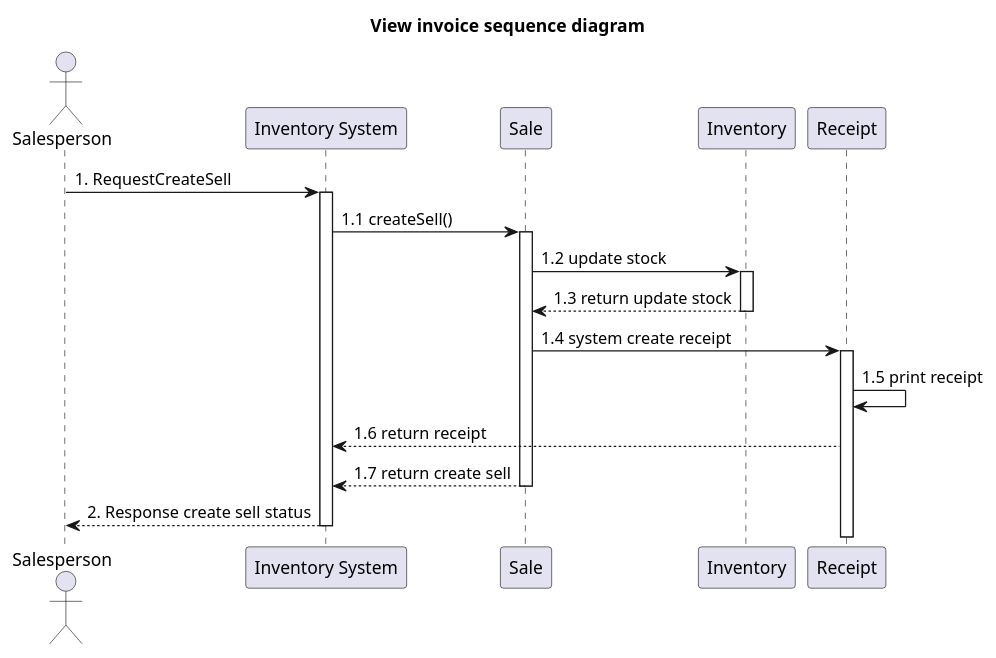
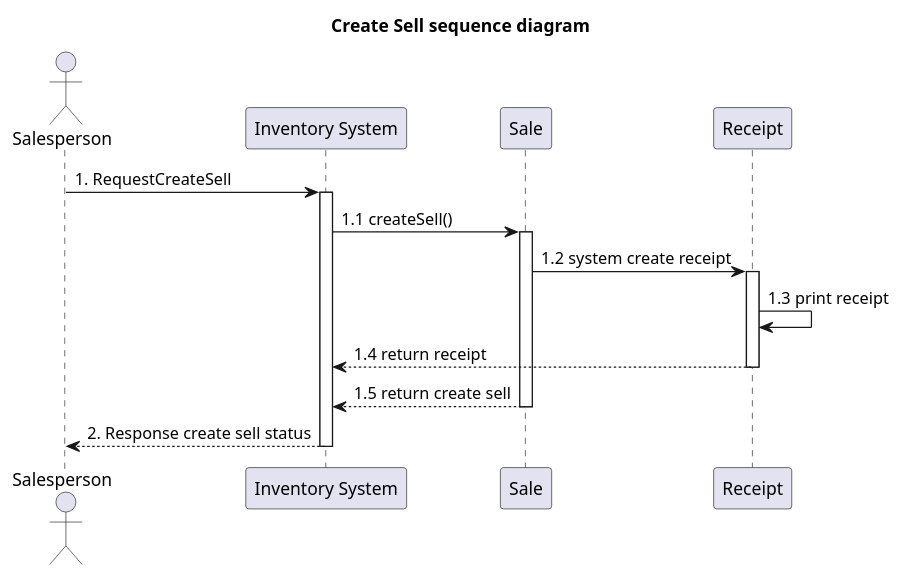
The diagram in system-analysis/sequence/_6_2_sequence-create-sell.puml (billowdev/inventory-system-plantuml-sequelize-seeder-example), drawn with PlantUML before and after one commit.

```diff
--- a/system-analysis/sequence/_6_2_sequence-create-sell.puml
+++ b/system-analysis/sequence/_6_2_sequence-create-sell.puml
@@ -1,42 +1,37 @@
 @startuml
 'example
-title View invoice sequence diagram
+title Create Sell sequence diagram
 
 actor Salesperson as actorSalesperson
 participant "Inventory System" as InventorySystem
 participant "Sale" as classSell
-participant "Inventory" as classInventory
+
 participant "Receipt" as classReceipt
+
 
 actorSalesperson -> InventorySystem: 1. RequestCreateSell
 activate InventorySystem
 
 InventorySystem -> classSell: 1.1 createSell()
 activate classSell
 
-classSell -> classInventory: 1.2 update stock
-activate classInventory
+classSell -> classReceipt : 1.2 system create receipt
 
-classInventory --> classSell: 1.3 return update stock
-deactivate classInventory
+activate classReceipt
+classReceipt -> classReceipt : 1.3 print receipt
 
 
+classReceipt --> InventorySystem: 1.4 return receipt
+deactivate classReceipt
 
-classSell -> classReceipt : 1.4 system create receipt
-
-activate classReceipt
-classReceipt -> classReceipt : 1.5 print receipt
-classReceipt --> InventorySystem: 1.6 return receipt
-
-
-classSell --> InventorySystem: 1.7 return create sell
+classSell --> InventorySystem: 1.5 return create sell
 deactivate classSell
 
 InventorySystem --> actorSalesperson : 2. Response create sell status
 
 deactivate InventorySystem
 
 
 
 
 @enduml
```
